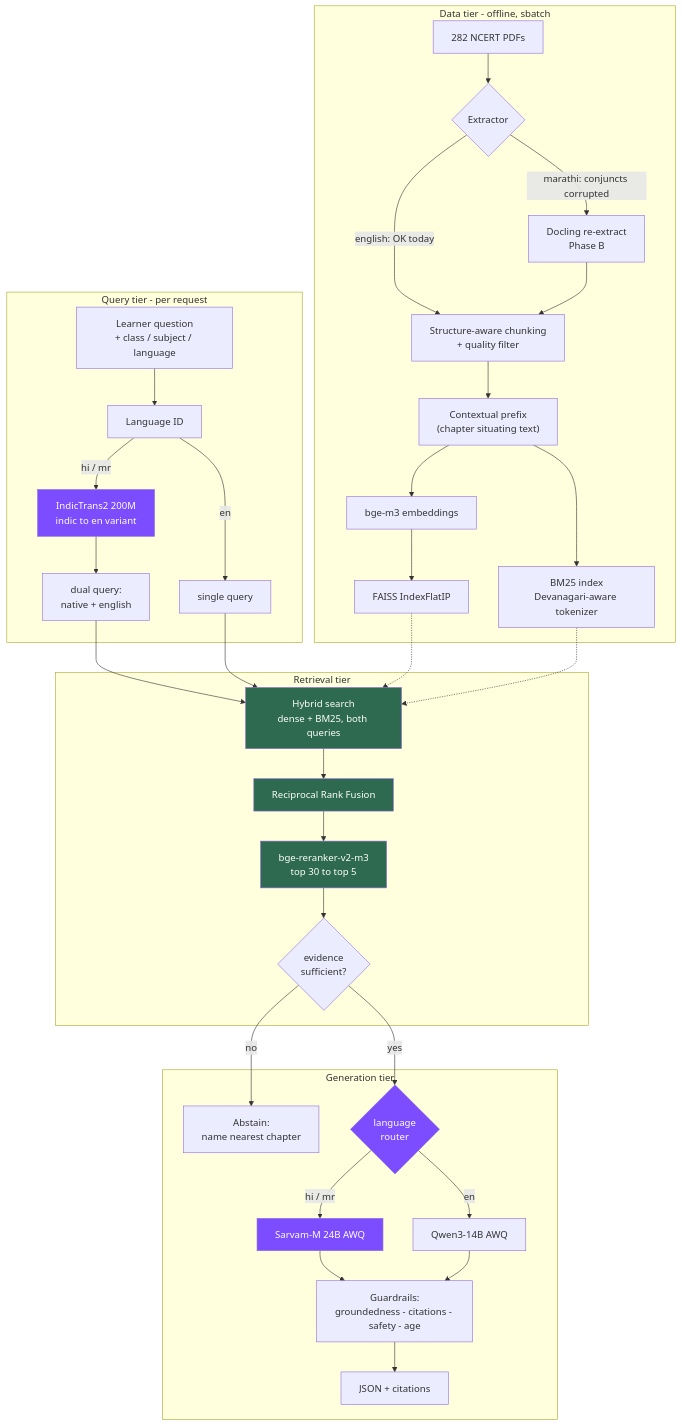
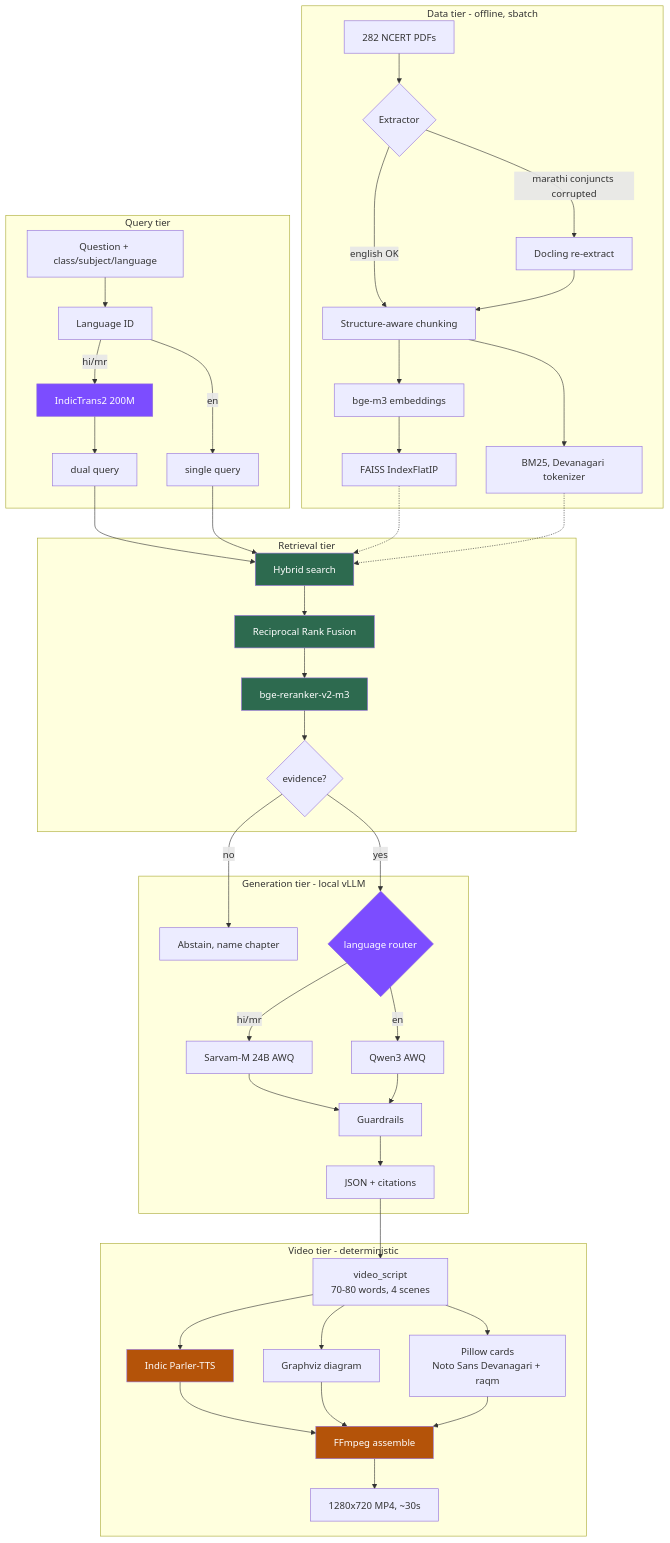
The diagram in plan.md (Aditya08Vashisht/AI_Story_Writer), drawn with Mermaid before and after one commit. The commit also changed other lines of this file, not shown here.

First line of the commit message:
docs: compile plan.md - local servers, TTS choice, manual tasks, video tier

````diff
--- a/plan.md
+++ b/plan.md
@@ -62,48 +60,59 @@
 ```mermaid
 flowchart TD
     subgraph Data["Data tier - offline, sbatch"]
         PDF["282 NCERT PDFs"] --> EXT{"Extractor"}
-        EXT -->|"english: OK today"| CHK
-        EXT -->|"marathi: conjuncts corrupted"| DOC["Docling re-extract<br/>Phase B"]
-        DOC --> CHK["Structure-aware chunking<br/>+ quality filter"]
-        CHK --> CTX["Contextual prefix<br/>(chapter situating text)"]
-        CTX --> EMB["bge-m3 embeddings"]
-        CTX --> BM["BM25 index<br/>Devanagari-aware tokenizer"]
+        EXT -->|"english OK"| CHK
+        EXT -->|"marathi conjuncts corrupted"| DOC["Docling re-extract"]
+        DOC --> CHK["Structure-aware chunking"]
+        CHK --> EMB["bge-m3 embeddings"]
+        CHK --> BM["BM25, Devanagari tokenizer"]
         EMB --> FA["FAISS IndexFlatIP"]
     end
 
-    subgraph Query["Query tier - per request"]
-        Q["Learner question<br/>+ class / subject / language"] --> LID["Language ID"]
-        LID -->|"hi / mr"| TRANS["IndicTrans2 200M<br/>indic to en variant"]
-        LID -->|"en"| SINGLE["single query"]
-        TRANS --> DUAL["dual query:<br/>native + english"]
+    subgraph Query["Query tier"]
+        Q["Question + class/subject/language"] --> LID["Language ID"]
+        LID -->|"hi/mr"| TR["IndicTrans2 200M"]
+        LID -->|"en"| SG["single query"]
+        TR --> DU["dual query"]
     end
 
-    subgraph Retrieval["Retrieval tier"]
-        DUAL --> HYB["Hybrid search<br/>dense + BM25, both queries"]
-        SINGLE --> HYB
-        HYB --> RRF["Reciprocal Rank Fusion"]
-        RRF --> RR["bge-reranker-v2-m3<br/>top 30 to top 5"]
-        RR --> GATE{"evidence<br/>sufficient?"}
+    subgraph Ret["Retrieval tier"]
+        DU --> HY["Hybrid search"]
+        SG --> HY
+        HY --> RRF["Reciprocal Rank Fusion"]
+        RRF --> RR["bge-reranker-v2-m3"]
+        RR --> GT{"evidence?"}
     end
 
-    subgraph Gen["Generation tier"]
-        GATE -->|"no"| ABST["Abstain:<br/>name nearest chapter"]
-        GATE -->|"yes"| ROUTE{"language<br/>router"}
-        ROUTE -->|"hi / mr"| SARVAM["Sarvam-M 24B AWQ"]
-        ROUTE -->|"en"| QWEN["Qwen3-14B AWQ"]
-        SARVAM --> GUARD
-        QWEN --> GUARD["Guardrails:<br/>groundedness - citations - safety - age"]
-        GUARD --> RESP["JSON + citations"]
+    subgraph Gen["Generation tier - local vLLM"]
+        GT -->|"no"| AB["Abstain, name chapter"]
+        GT -->|"yes"| RO{"language router"}
+        RO -->|"hi/mr"| SV["Sarvam-M 24B AWQ"]
+        RO -->|"en"| QW["Qwen3 AWQ"]
+        SV --> GU["Guardrails"]
+        QW --> GU
+        GU --> RS["JSON + citations"]
     end
 
-    FA -.-> HYB
-    BM -.-> HYB
+    subgraph Vid["Video tier - deterministic"]
+        RS --> VS["video_script<br/>70-80 words, 4 scenes"]
+        VS --> TTS["Indic Parler-TTS"]
+        VS --> DG["Graphviz diagram"]
+        VS --> PC["Pillow cards<br/>Noto Sans Devanagari + raqm"]
+        TTS --> FF["FFmpeg assemble"]
+        DG --> FF
+        PC --> FF
+        FF --> MP4["1280x720 MP4, ~30s"]
+    end
 
+    FA -.-> HY
+    BM -.-> HY
+
+    style HY fill:#2d6a4f,color:#fff
+    style RRF fill:#2d6a4f,color:#fff
     style RR fill:#2d6a4f,color:#fff
-    style HYB fill:#2d6a4f,color:#fff
-    style RRF fill:#2d6a4f,color:#fff
-    style TRANS fill:#7c4dff,color:#fff
-    style ROUTE fill:#7c4dff,color:#fff
-    style SARVAM fill:#7c4dff,color:#fff
+    style TR fill:#7c4dff,color:#fff
+    style RO fill:#7c4dff,color:#fff
+    style TTS fill:#b45309,color:#fff
+    style FF fill:#b45309,color:#fff
 ```
````
